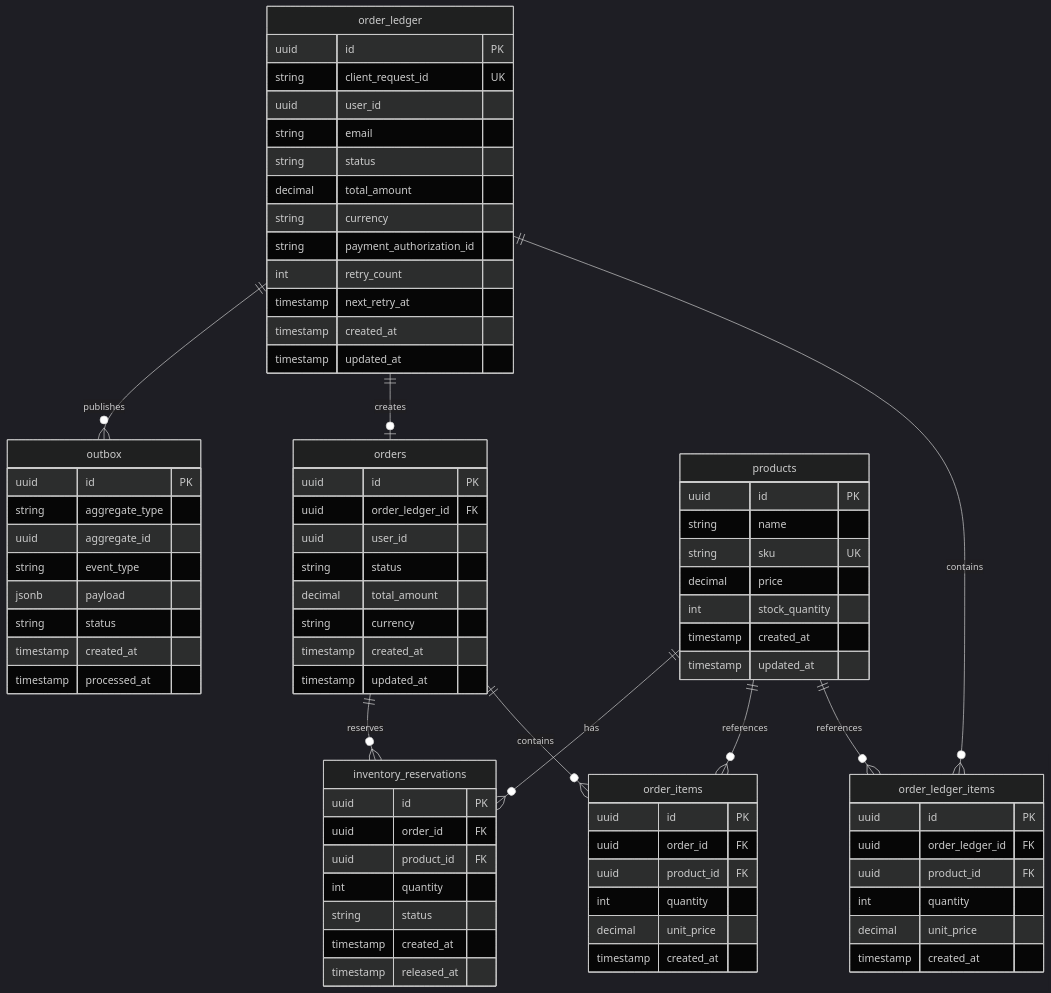
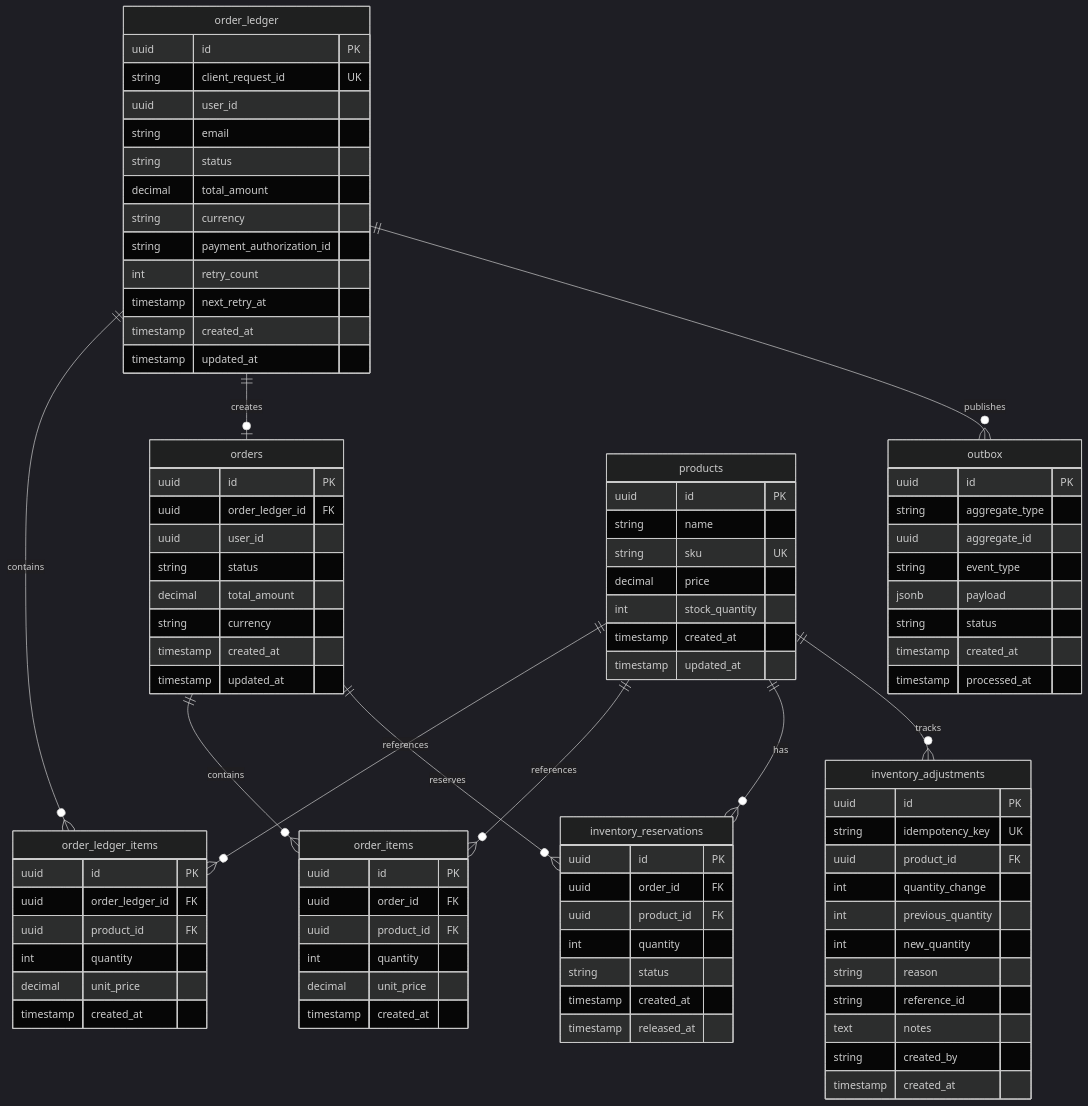
Before and after one commit to pearceseth/ecommerce-services-demo: the second of 8 diagrams in engineering-design.md, drawn with Mermaid (dark theme). The commit also changed other lines of this file, not shown here.

Commit message:
add spec for adding inventory

```diff
--- a/engineering-design.md
+++ b/engineering-design.md
@@ -138,6 +141,7 @@
     products ||--o{ order_ledger_items : references
     products ||--o{ order_items : references
     products ||--o{ inventory_reservations : has
+    products ||--o{ inventory_adjustments : tracks
     orders ||--o{ inventory_reservations : reserves
 
     order_ledger {
@@ -204,6 +208,20 @@
         timestamp released_at
     }
 
+    inventory_adjustments {
+        uuid id PK
+        string idempotency_key UK
+        uuid product_id FK
+        int quantity_change
+        int previous_quantity
+        int new_quantity
+        string reason
+        string reference_id
+        text notes
+        string created_by
+        timestamp created_at
+    }
+
     outbox {
         uuid id PK
         string aggregate_type
```
